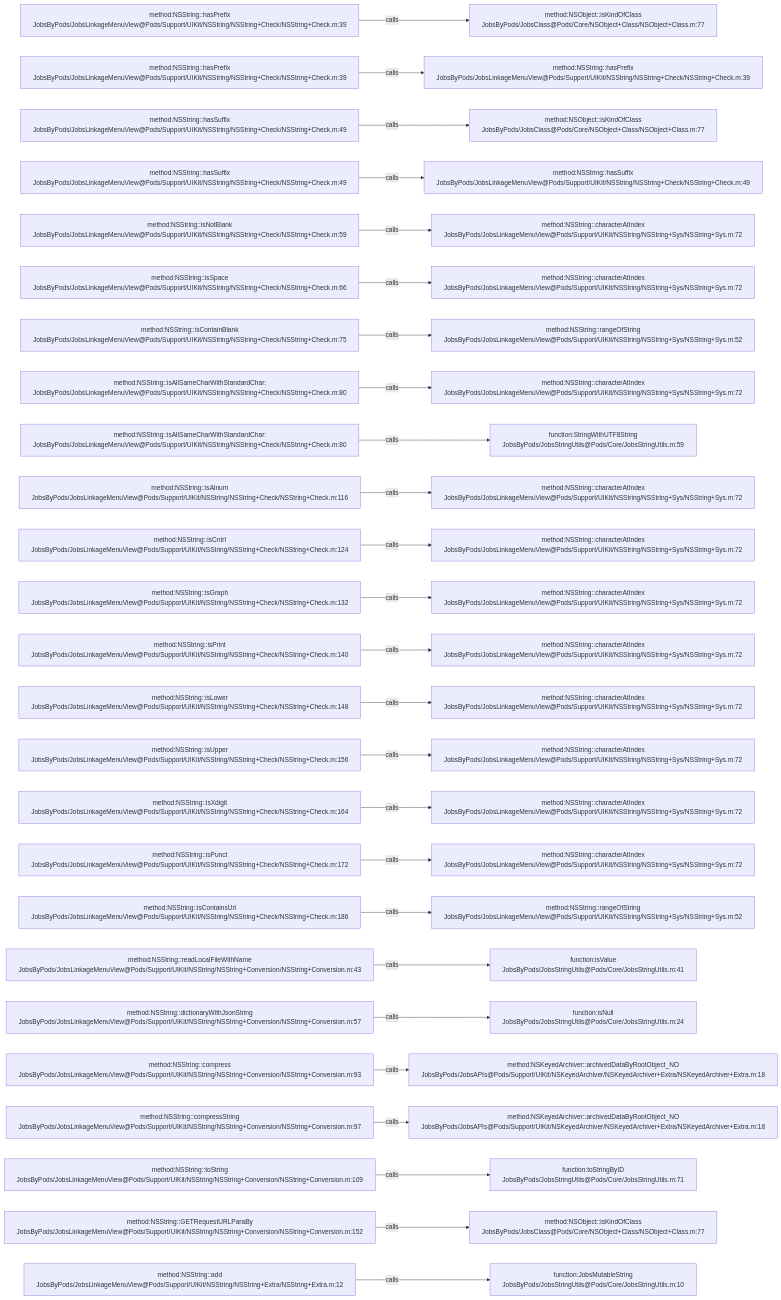
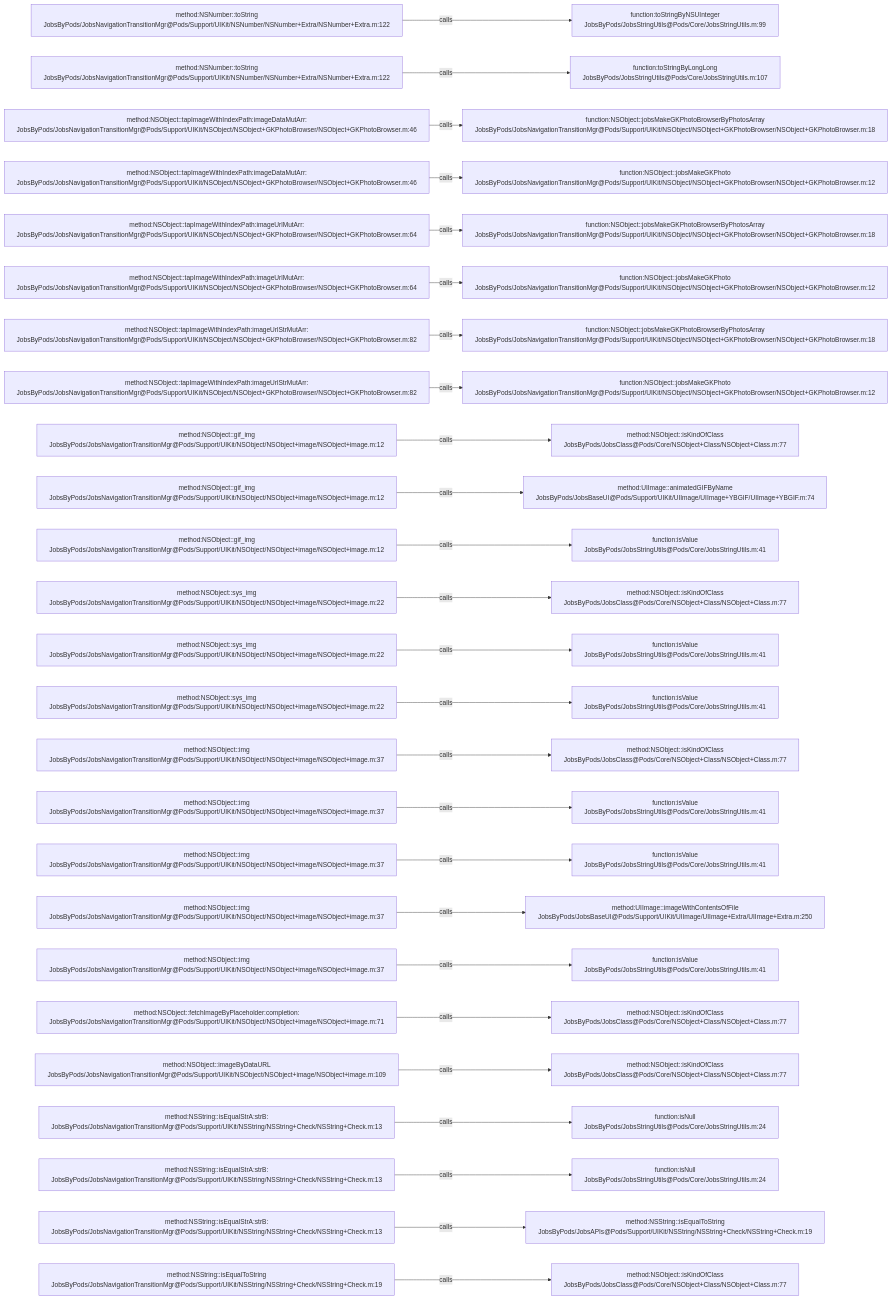
The diagram in .codegraph/codegraph.md/graphs/calls-130.md (JobsKits/JobsOCBaseConfigDemo), drawn with Mermaid before and after one commit. The commit also changed 1026 other files, not shown here.

````diff
--- a/.codegraph/codegraph.md/graphs/calls-130.md
+++ b/.codegraph/codegraph.md/graphs/calls-130.md
@@ -13,78 +13,78 @@
 ```mermaid
 flowchart LR
-  S1["method:NSString::hasPrefix<br/>JobsByPods/JobsLinkageMenuView@Pods/Support/UIKit/NSString/NSString+Check/NSString+Check.m:39"]
-  T1["method:NSObject::isKindOfClass<br/>JobsByPods/JobsClass@Pods/Core/NSObject+Class/NSObject+Class.m:77"]
+  S1["method:NSNumber::toString<br/>JobsByPods/JobsNavigationTransitionMgr@Pods/Support/UIKit/NSNumber/NSNumber+Extra/NSNumber+Extra.m:122"]
+  T1["function:toStringByNSUInteger<br/>JobsByPods/JobsStringUtils@Pods/Core/JobsStringUtils.m:99"]
   S1 -->|calls| T1
-  S2["method:NSString::hasPrefix<br/>JobsByPods/JobsLinkageMenuView@Pods/Support/UIKit/NSString/NSString+Check/NSString+Check.m:39"]
-  T2["method:NSString::hasPrefix<br/>JobsByPods/JobsLinkageMenuView@Pods/Support/UIKit/NSString/NSString+Check/NSString+Check.m:39"]
+  S2["method:NSNumber::toString<br/>JobsByPods/JobsNavigationTransitionMgr@Pods/Support/UIKit/NSNumber/NSNumber+Extra/NSNumber+Extra.m:122"]
+  T2["function:toStringByLongLong<br/>JobsByPods/JobsStringUtils@Pods/Core/JobsStringUtils.m:107"]
   S2 -->|calls| T2
-  S3["method:NSString::hasSuffix<br/>JobsByPods/JobsLinkageMenuView@Pods/Support/UIKit/NSString/NSString+Check/NSString+Check.m:49"]
-  T3["method:NSObject::isKindOfClass<br/>JobsByPods/JobsClass@Pods/Core/NSObject+Class/NSObject+Class.m:77"]
+  S3["method:NSObject::tapImageWithIndexPath:imageDataMutArr:<br/>JobsByPods/JobsNavigationTransitionMgr@Pods/Support/UIKit/NSObject/NSObject+GKPhotoBrowser/NSObject+GKPhotoBrowser.m:46"]
+  T3["function:NSObject::jobsMakeGKPhotoBrowserByPhotosArray<br/>JobsByPods/JobsNavigationTransitionMgr@Pods/Support/UIKit/NSObject/NSObject+GKPhotoBrowser/NSObject+GKPhotoBrowser.m:18"]
   S3 -->|calls| T3
-  S4["method:NSString::hasSuffix<br/>JobsByPods/JobsLinkageMenuView@Pods/Support/UIKit/NSString/NSString+Check/NSString+Check.m:49"]
-  T4["method:NSString::hasSuffix<br/>JobsByPods/JobsLinkageMenuView@Pods/Support/UIKit/NSString/NSString+Check/NSString+Check.m:49"]
+  S4["method:NSObject::tapImageWithIndexPath:imageDataMutArr:<br/>JobsByPods/JobsNavigationTransitionMgr@Pods/Support/UIKit/NSObject/NSObject+GKPhotoBrowser/NSObject+GKPhotoBrowser.m:46"]
+  T4["function:NSObject::jobsMakeGKPhoto<br/>JobsByPods/JobsNavigationTransitionMgr@Pods/Support/UIKit/NSObject/NSObject+GKPhotoBrowser/NSObject+GKPhotoBrowser.m:12"]
   S4 -->|calls| T4
-  S5["method:NSString::isNotBlank<br/>JobsByPods/JobsLinkageMenuView@Pods/Support/UIKit/NSString/NSString+Check/NSString+Check.m:59"]
-  T5["method:NSString::characterAtIndex<br/>JobsByPods/JobsLinkageMenuView@Pods/Support/UIKit/NSString/NSString+Sys/NSString+Sys.m:72"]
+  S5["method:NSObject::tapImageWithIndexPath:imageUrlMutArr:<br/>JobsByPods/JobsNavigationTransitionMgr@Pods/Support/UIKit/NSObject/NSObject+GKPhotoBrowser/NSObject+GKPhotoBrowser.m:64"]
+  T5["function:NSObject::jobsMakeGKPhotoBrowserByPhotosArray<br/>JobsByPods/JobsNavigationTransitionMgr@Pods/Support/UIKit/NSObject/NSObject+GKPhotoBrowser/NSObject+GKPhotoBrowser.m:18"]
   S5 -->|calls| T5
-  S6["method:NSString::isSpace<br/>JobsByPods/JobsLinkageMenuView@Pods/Support/UIKit/NSString/NSString+Check/NSString+Check.m:66"]
-  T6["method:NSString::characterAtIndex<br/>JobsByPods/JobsLinkageMenuView@Pods/Support/UIKit/NSString/NSString+Sys/NSString+Sys.m:72"]
+  S6["method:NSObject::tapImageWithIndexPath:imageUrlMutArr:<br/>JobsByPods/JobsNavigationTransitionMgr@Pods/Support/UIKit/NSObject/NSObject+GKPhotoBrowser/NSObject+GKPhotoBrowser.m:64"]
+  T6["function:NSObject::jobsMakeGKPhoto<br/>JobsByPods/JobsNavigationTransitionMgr@Pods/Support/UIKit/NSObject/NSObject+GKPhotoBrowser/NSObject+GKPhotoBrowser.m:12"]
   S6 -->|calls| T6
-  S7["method:NSString::isContainBlank<br/>JobsByPods/JobsLinkageMenuView@Pods/Support/UIKit/NSString/NSString+Check/NSString+Check.m:75"]
-  T7["method:NSString::rangeOfString<br/>JobsByPods/JobsLinkageMenuView@Pods/Support/UIKit/NSString/NSString+Sys/NSString+Sys.m:52"]
+  S7["method:NSObject::tapImageWithIndexPath:imageUrlStrMutArr:<br/>JobsByPods/JobsNavigationTransitionMgr@Pods/Support/UIKit/NSObject/NSObject+GKPhotoBrowser/NSObject+GKPhotoBrowser.m:82"]
+  T7["function:NSObject::jobsMakeGKPhotoBrowserByPhotosArray<br/>JobsByPods/JobsNavigationTransitionMgr@Pods/Support/UIKit/NSObject/NSObject+GKPhotoBrowser/NSObject+GKPhotoBrowser.m:18"]
   S7 -->|calls| T7
-  S8["method:NSString::isAllSameCharWithStandardChar:<br/>JobsByPods/JobsLinkageMenuView@Pods/Support/UIKit/NSString/NSString+Check/NSString+Check.m:80"]
-  T8["method:NSString::characterAtIndex<br/>JobsByPods/JobsLinkageMenuView@Pods/Support/UIKit/NSString/NSString+Sys/NSString+Sys.m:72"]
+  S8["method:NSObject::tapImageWithIndexPath:imageUrlStrMutArr:<br/>JobsByPods/JobsNavigationTransitionMgr@Pods/Support/UIKit/NSObject/NSObject+GKPhotoBrowser/NSObject+GKPhotoBrowser.m:82"]
+  T8["function:NSObject::jobsMakeGKPhoto<br/>JobsByPods/JobsNavigationTransitionMgr@Pods/Support/UIKit/NSObject/NSObject+GKPhotoBrowser/NSObject+GKPhotoBrowser.m:12"]
   S8 -->|calls| T8
-  S9["method:NSString::isAllSameCharWithStandardChar:<br/>JobsByPods/JobsLinkageMenuView@Pods/Support/UIKit/NSString/NSString+Check/NSString+Check.m:80"]
-  T9["function:StringWithUTF8String<br/>JobsByPods/JobsStringUtils@Pods/Core/JobsStringUtils.m:59"]
+  S9["method:NSObject::gif_img<br/>JobsByPods/JobsNavigationTransitionMgr@Pods/Support/UIKit/NSObject/NSObject+image/NSObject+image.m:12"]
+  T9["method:NSObject::isKindOfClass<br/>JobsByPods/JobsClass@Pods/Core/NSObject+Class/NSObject+Class.m:77"]
   S9 -->|calls| T9
-  S10["method:NSString::isAlnum<br/>JobsByPods/JobsLinkageMenuView@Pods/Support/UIKit/NSString/NSString+Check/NSString+Check.m:116"]
-  T10["method:NSString::characterAtIndex<br/>JobsByPods/JobsLinkageMenuView@Pods/Support/UIKit/NSString/NSString+Sys/NSString+Sys.m:72"]
+  S10["method:NSObject::gif_img<br/>JobsByPods/JobsNavigationTransitionMgr@Pods/Support/UIKit/NSObject/NSObject+image/NSObject+image.m:12"]
+  T10["method:UIImage::animatedGIFByName<br/>JobsByPods/JobsBaseUI@Pods/Support/UIKit/UIImage/UIImage+YBGIF/UIImage+YBGIF.m:74"]
   S10 -->|calls| T10
-  S11["method:NSString::isCntrl<br/>JobsByPods/JobsLinkageMenuView@Pods/Support/UIKit/NSString/NSString+Check/NSString+Check.m:124"]
-  T11["method:NSString::characterAtIndex<br/>JobsByPods/JobsLinkageMenuView@Pods/Support/UIKit/NSString/NSString+Sys/NSString+Sys.m:72"]
+  S11["method:NSObject::gif_img<br/>JobsByPods/JobsNavigationTransitionMgr@Pods/Support/UIKit/NSObject/NSObject+image/NSObject+image.m:12"]
+  T11["function:isValue<br/>JobsByPods/JobsStringUtils@Pods/Core/JobsStringUtils.m:41"]
   S11 -->|calls| T11
-  S12["method:NSString::isGraph<br/>JobsByPods/JobsLinkageMenuView@Pods/Support/UIKit/NSString/NSString+Check/NSString+Check.m:132"]
-  T12["method:NSString::characterAtIndex<br/>JobsByPods/JobsLinkageMenuView@Pods/Support/UIKit/NSString/NSString+Sys/NSString+Sys.m:72"]
+  S12["method:NSObject::sys_img<br/>JobsByPods/JobsNavigationTransitionMgr@Pods/Support/UIKit/NSObject/NSObject+image/NSObject+image.m:22"]
+  T12["method:NSObject::isKindOfClass<br/>JobsByPods/JobsClass@Pods/Core/NSObject+Class/NSObject+Class.m:77"]
   S12 -->|calls| T12
-  S13["method:NSString::isPrint<br/>JobsByPods/JobsLinkageMenuView@Pods/Support/UIKit/NSString/NSString+Check/NSString+Check.m:140"]
-  T13["method:NSString::characterAtIndex<br/>JobsByPods/JobsLinkageMenuView@Pods/Support/UIKit/NSString/NSString+Sys/NSString+Sys.m:72"]
+  S13["method:NSObject::sys_img<br/>JobsByPods/JobsNavigationTransitionMgr@Pods/Support/UIKit/NSObject/NSObject+image/NSObject+image.m:22"]
+  T13["function:isValue<br/>JobsByPods/JobsStringUtils@Pods/Core/JobsStringUtils.m:41"]
   S13 -->|calls| T13
-  S14["method:NSString::isLower<br/>JobsByPods/JobsLinkageMenuView@Pods/Support/UIKit/NSString/NSString+Check/NSString+Check.m:148"]
-  T14["method:NSString::characterAtIndex<br/>JobsByPods/JobsLinkageMenuView@Pods/Support/UIKit/NSString/NSString+Sys/NSString+Sys.m:72"]
+  S14["method:NSObject::sys_img<br/>JobsByPods/JobsNavigationTransitionMgr@Pods/Support/UIKit/NSObject/NSObject+image/NSObject+image.m:22"]
+  T14["function:isValue<br/>JobsByPods/JobsStringUtils@Pods/Core/JobsStringUtils.m:41"]
   S14 -->|calls| T14
-  S15["method:NSString::isUpper<br/>JobsByPods/JobsLinkageMenuView@Pods/Support/UIKit/NSString/NSString+Check/NSString+Check.m:156"]
-  T15["method:NSString::characterAtIndex<br/>JobsByPods/JobsLinkageMenuView@Pods/Support/UIKit/NSString/NSString+Sys/NSString+Sys.m:72"]
+  S15["method:NSObject::img<br/>JobsByPods/JobsNavigationTransitionMgr@Pods/Support/UIKit/NSObject/NSObject+image/NSObject+image.m:37"]
+  T15["method:NSObject::isKindOfClass<br/>JobsByPods/JobsClass@Pods/Core/NSObject+Class/NSObject+Class.m:77"]
   S15 -->|calls| T15
-  S16["method:NSString::isXdigit<br/>JobsByPods/JobsLinkageMenuView@Pods/Support/UIKit/NSString/NSString+Check/NSString+Check.m:164"]
-  T16["method:NSString::characterAtIndex<br/>JobsByPods/JobsLinkageMenuView@Pods/Support/UIKit/NSString/NSString+Sys/NSString+Sys.m:72"]
+  S16["method:NSObject::img<br/>JobsByPods/JobsNavigationTransitionMgr@Pods/Support/UIKit/NSObject/NSObject+image/NSObject+image.m:37"]
+  T16["function:isValue<br/>JobsByPods/JobsStringUtils@Pods/Core/JobsStringUtils.m:41"]
   S16 -->|calls| T16
-  S17["method:NSString::isPunct<br/>JobsByPods/JobsLinkageMenuView@Pods/Support/UIKit/NSString/NSString+Check/NSString+Check.m:172"]
-  T17["method:NSString::characterAtIndex<br/>JobsByPods/JobsLinkageMenuView@Pods/Support/UIKit/NSString/NSString+Sys/NSString+Sys.m:72"]
+  S17["method:NSObject::img<br/>JobsByPods/JobsNavigationTransitionMgr@Pods/Support/UIKit/NSObject/NSObject+image/NSObject+image.m:37"]
+  T17["function:isValue<br/>JobsByPods/JobsStringUtils@Pods/Core/JobsStringUtils.m:41"]
   S17 -->|calls| T17
-  S18["method:NSString::isContainsUrl<br/>JobsByPods/JobsLinkageMenuView@Pods/Support/UIKit/NSString/NSString+Check/NSString+Check.m:186"]
-  T18["method:NSString::rangeOfString<br/>JobsByPods/JobsLinkageMenuView@Pods/Support/UIKit/NSString/NSString+Sys/NSString+Sys.m:52"]
+  S18["method:NSObject::img<br/>JobsByPods/JobsNavigationTransitionMgr@Pods/Support/UIKit/NSObject/NSObject+image/NSObject+image.m:37"]
+  T18["method:UIImage::imageWithContentsOfFile<br/>JobsByPods/JobsBaseUI@Pods/Support/UIKit/UIImage/UIImage+Extra/UIImage+Extra.m:250"]
   S18 -->|calls| T18
-  S19["method:NSString::readLocalFileWithName<br/>JobsByPods/JobsLinkageMenuView@Pods/Support/UIKit/NSString/NSString+Conversion/NSString+Conversion.m:43"]
+  S19["method:NSObject::img<br/>JobsByPods/JobsNavigationTransitionMgr@Pods/Support/UIKit/NSObject/NSObject+image/NSObject+image.m:37"]
   T19["function:isValue<br/>JobsByPods/JobsStringUtils@Pods/Core/JobsStringUtils.m:41"]
   S19 -->|calls| T19
-  S20["method:NSString::dictionaryWithJsonString<br/>JobsByPods/JobsLinkageMenuView@Pods/Support/UIKit/NSString/NSString+Conversion/NSString+Conversion.m:57"]
-  T20["function:isNull<br/>JobsByPods/JobsStringUtils@Pods/Core/JobsStringUtils.m:24"]
+  S20["method:NSObject::fetchImageByPlaceholder:completion:<br/>JobsByPods/JobsNavigationTransitionMgr@Pods/Support/UIKit/NSObject/NSObject+image/NSObject+image.m:71"]
+  T20["method:NSObject::isKindOfClass<br/>JobsByPods/JobsClass@Pods/Core/NSObject+Class/NSObject+Class.m:77"]
   S20 -->|calls| T20
-  S21["method:NSString::compress<br/>JobsByPods/JobsLinkageMenuView@Pods/Support/UIKit/NSString/NSString+Conversion/NSString+Conversion.m:93"]
-  T21["method:NSKeyedArchiver::archivedDataByRootObject_NO<br/>JobsByPods/JobsAPIs@Pods/Support/UIKit/NSKeyedArchiver/NSKeyedArchiver+Extra/NSKeyedArchiver+Extra.m:18"]
+  S21["method:NSObject::imageByDataURL<br/>JobsByPods/JobsNavigationTransitionMgr@Pods/Support/UIKit/NSObject/NSObject+image/NSObject+image.m:109"]
+  T21["method:NSObject::isKindOfClass<br/>JobsByPods/JobsClass@Pods/Core/NSObject+Class/NSObject+Class.m:77"]
   S21 -->|calls| T21
-  S22["method:NSString::compressString<br/>JobsByPods/JobsLinkageMenuView@Pods/Support/UIKit/NSString/NSString+Conversion/NSString+Conversion.m:97"]
-  T22["method:NSKeyedArchiver::archivedDataByRootObject_NO<br/>JobsByPods/JobsAPIs@Pods/Support/UIKit/NSKeyedArchiver/NSKeyedArchiver+Extra/NSKeyedArchiver+Extra.m:18"]
+  S22["method:NSString::isEqualStrA:strB:<br/>JobsByPods/JobsNavigationTransitionMgr@Pods/Support/UIKit/NSString/NSString+Check/NSString+Check.m:13"]
+  T22["function:isNull<br/>JobsByPods/JobsStringUtils@Pods/Core/JobsStringUtils.m:24"]
   S22 -->|calls| T22
-  S23["method:NSString::toString<br/>JobsByPods/JobsLinkageMenuView@Pods/Support/UIKit/NSString/NSString+Conversion/NSString+Conversion.m:109"]
-  T23["function:toStringByID<br/>JobsByPods/JobsStringUtils@Pods/Core/JobsStringUtils.m:71"]
+  S23["method:NSString::isEqualStrA:strB:<br/>JobsByPods/JobsNavigationTransitionMgr@Pods/Support/UIKit/NSString/NSString+Check/NSString+Check.m:13"]
+  T23["function:isNull<br/>JobsByPods/JobsStringUtils@Pods/Core/JobsStringUtils.m:24"]
   S23 -->|calls| T23
-  S24["method:NSString::GETRequestURLParaBy<br/>JobsByPods/JobsLinkageMenuView@Pods/Support/UIKit/NSString/NSString+Conversion/NSString+Conversion.m:152"]
-  T24["method:NSObject::isKindOfClass<br/>JobsByPods/JobsClass@Pods/Core/NSObject+Class/NSObject+Class.m:77"]
+  S24["method:NSString::isEqualStrA:strB:<br/>JobsByPods/JobsNavigationTransitionMgr@Pods/Support/UIKit/NSString/NSString+Check/NSString+Check.m:13"]
+  T24["method:NSString::isEqualToString<br/>JobsByPods/JobsAPIs@Pods/Support/UIKit/NSString/NSString+Check/NSString+Check.m:19"]
   S24 -->|calls| T24
-  S25["method:NSString::add<br/>JobsByPods/JobsLinkageMenuView@Pods/Support/UIKit/NSString/NSString+Extra/NSString+Extra.m:12"]
-  T25["function:JobsMutableString<br/>JobsByPods/JobsStringUtils@Pods/Core/JobsStringUtils.m:10"]
+  S25["method:NSString::isEqualToString<br/>JobsByPods/JobsNavigationTransitionMgr@Pods/Support/UIKit/NSString/NSString+Check/NSString+Check.m:19"]
+  T25["method:NSObject::isKindOfClass<br/>JobsByPods/JobsClass@Pods/Core/NSObject+Class/NSObject+Class.m:77"]
   S25 -->|calls| T25
 ```
````
